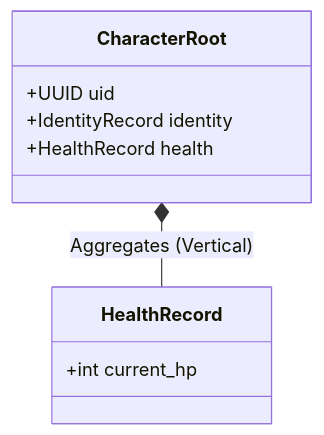
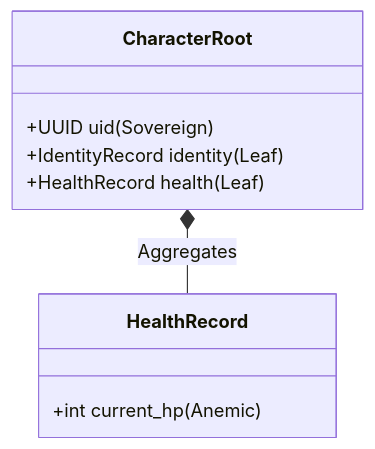
Before and after one commit to mnaatjes/oregon-trail-clone: the second of 2 diagrams in docs/design/domain_layer.md, drawn with Mermaid. The commit also changed other lines of this file and 7 other files, not shown here.

````diff
--- a/docs/design/domain_layer.md
+++ b/docs/design/domain_layer.md
@@ -42,12 +55,12 @@
 ```mermaid
 classDiagram
     class CharacterRoot {
-        +UUID uid
-        +IdentityRecord identity
-        +HealthRecord health
+        +UUID uid (Sovereign)
+        +IdentityRecord identity (Leaf)
+        +HealthRecord health (Leaf)
     }
     class HealthRecord {
-        +int current_hp
+        +int current_hp (Anemic)
     }
-    CharacterRoot *-- HealthRecord : Aggregates (Vertical)
+    CharacterRoot *-- HealthRecord : Aggregates
 ```
````
